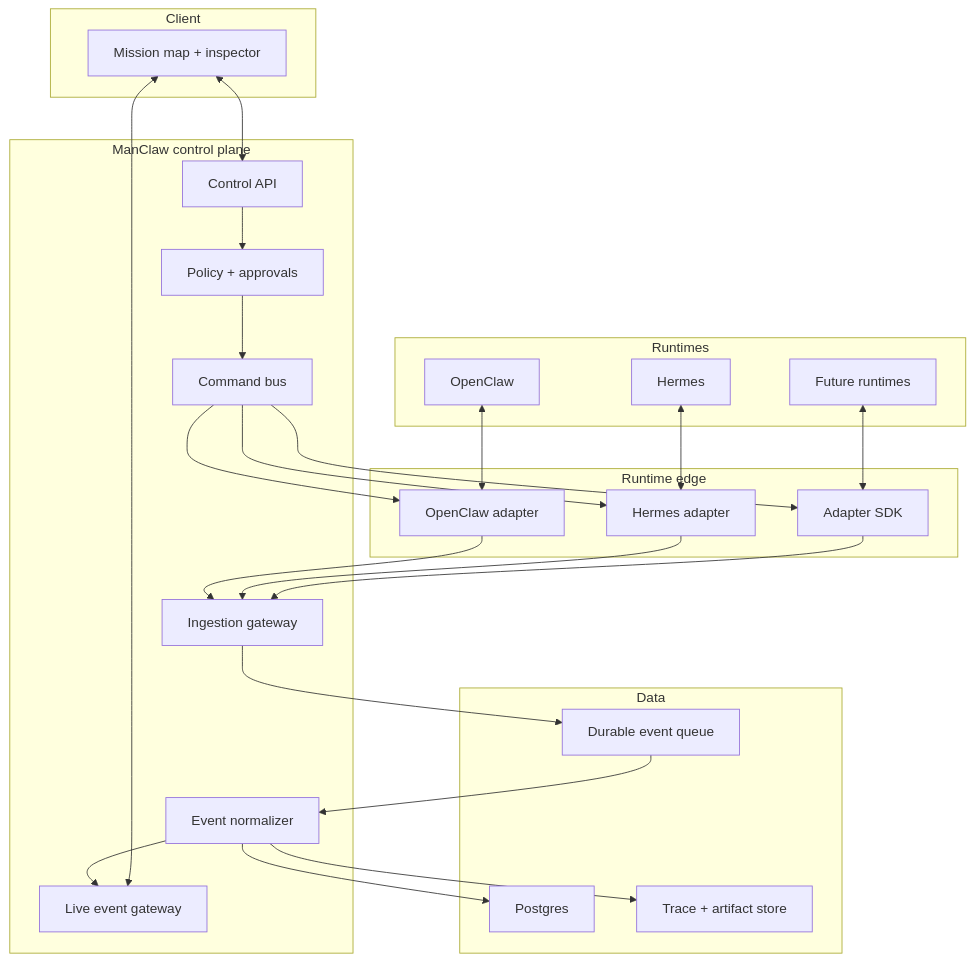
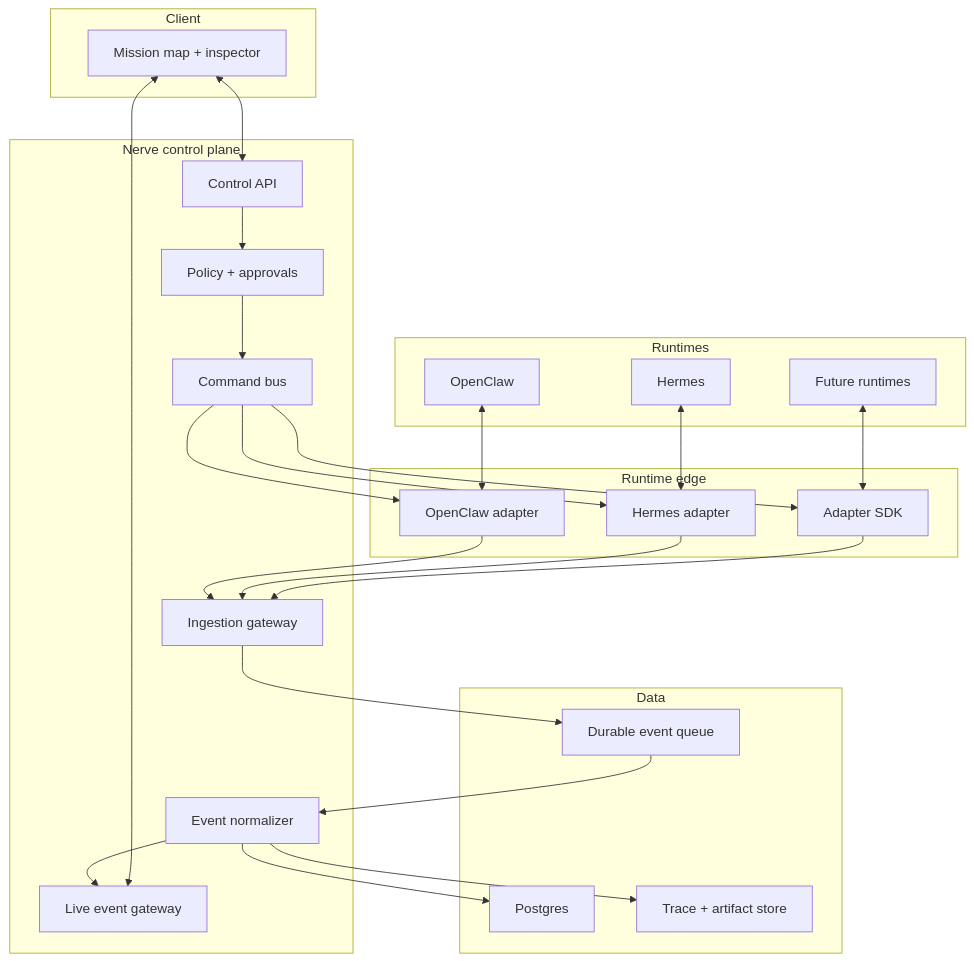
One commit to boyeesu/nerve changed the diagram in docs/ARCHITECTURE.md. Above: the diagram before and after it, drawn with Mermaid. The commit also changed other lines of this file and 19 other files, not shown here.

````diff
--- a/docs/ARCHITECTURE.md
+++ b/docs/ARCHITECTURE.md
@@ -26,52 +26,52 @@
 ```mermaid
 flowchart TB
     subgraph Runtimes
         OC["OpenClaw"]
         HE["Hermes"]
         XR["Future runtimes"]
     end
 
     subgraph Edge["Runtime edge"]
         OCA["OpenClaw adapter"]
         HEA["Hermes adapter"]
         XRA["Adapter SDK"]
     end
 
-    subgraph Core["ManClaw control plane"]
+    subgraph Core["Nerve control plane"]
         ING["Ingestion gateway"]
         NOR["Event normalizer"]
         CMD["Command bus"]
         POL["Policy + approvals"]
         API["Control API"]
         LIVE["Live event gateway"]
     end
 
     subgraph Data
         PG["Postgres"]
         TRACE["Trace + artifact store"]
         QUEUE["Durable event queue"]
     end
 
     subgraph Client
         WEB["Mission map + inspector"]
     end
 
     OC <--> OCA
     HE <--> HEA
     XR <--> XRA
     OCA --> ING
     HEA --> ING
     XRA --> ING
     ING --> QUEUE
     QUEUE --> NOR
     NOR --> PG
     NOR --> TRACE
     NOR --> LIVE
     WEB <--> API
     WEB <--> LIVE
     API --> POL
     POL --> CMD
     CMD --> OCA
     CMD --> HEA
     CMD --> XRA
 ```
````
